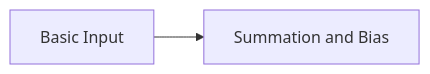
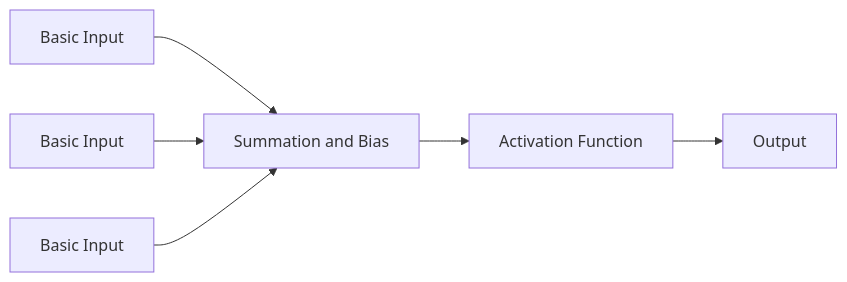
Before and after one commit to Arannamoy-Mondal/AI-ML-DL: the diagram in version 2/DL/Readme.md, drawn with Mermaid.

````diff
--- a/version 2/DL/Readme.md
+++ b/version 2/DL/Readme.md
@@ -39,4 +39,8 @@
 ```mermaid
 graph LR;
 x1[Basic Input] --> SM[Summation and Bias]
+x2[Basic Input] --> SM[Summation and Bias]
+x3[Basic Input] --> SM[Summation and Bias]
+SM[Summation and Bias]  --> A1[Activation Function]
+A1[Activation Function] --> Y[Output]
 ```
````
